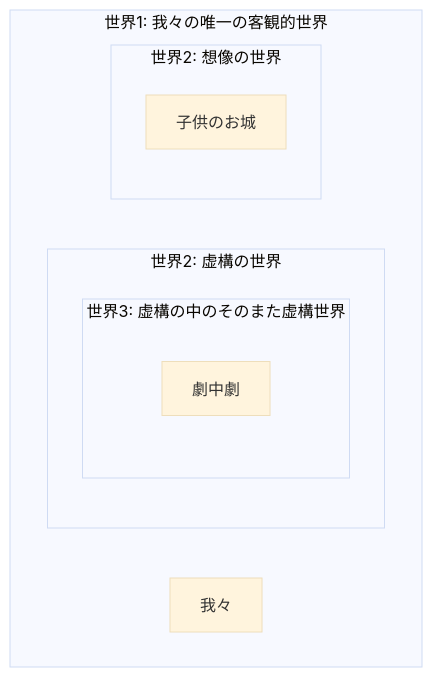
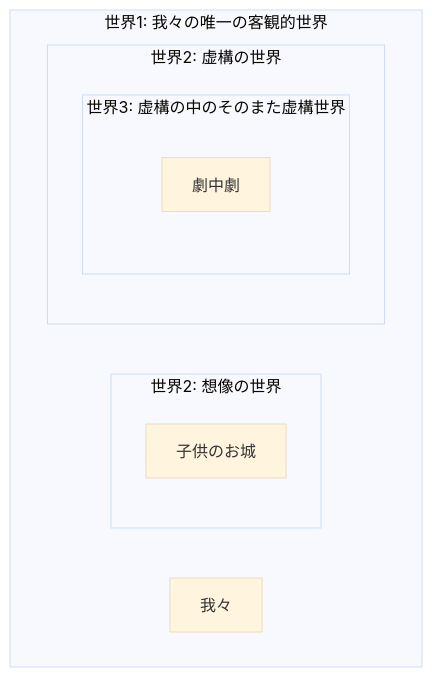
Before and after one commit to kyonenya/slidev-playground: the diagram in slides.md, drawn with Mermaid (base theme). The commit also changed other lines of this file, not shown here.

````diff
--- a/slides.md
+++ b/slides.md
@@ -155,14 +158,14 @@
 ```mermaid
 graph TD
-  subgraph 世界1: 我々の唯一の客観的世界
+  subgraph W1[世界1: 我々の唯一の客観的世界]
+    A[我々]
+    subgraph W2[世界2: 想像の世界]
+        B[子供のお城]
+    end
     subgraph 世界2: 虚構の世界
-      subgraph 世界3: 虚構の中のそのまた虚構世界
+      subgraph W3[世界3: 虚構の中のそのまた虚構世界]
         C[劇中劇]
       end
     end
-    subgraph 世界2: 想像の世界
-        B[子供のお城]
-    end
-    A[我々]
   end
 ```
````
